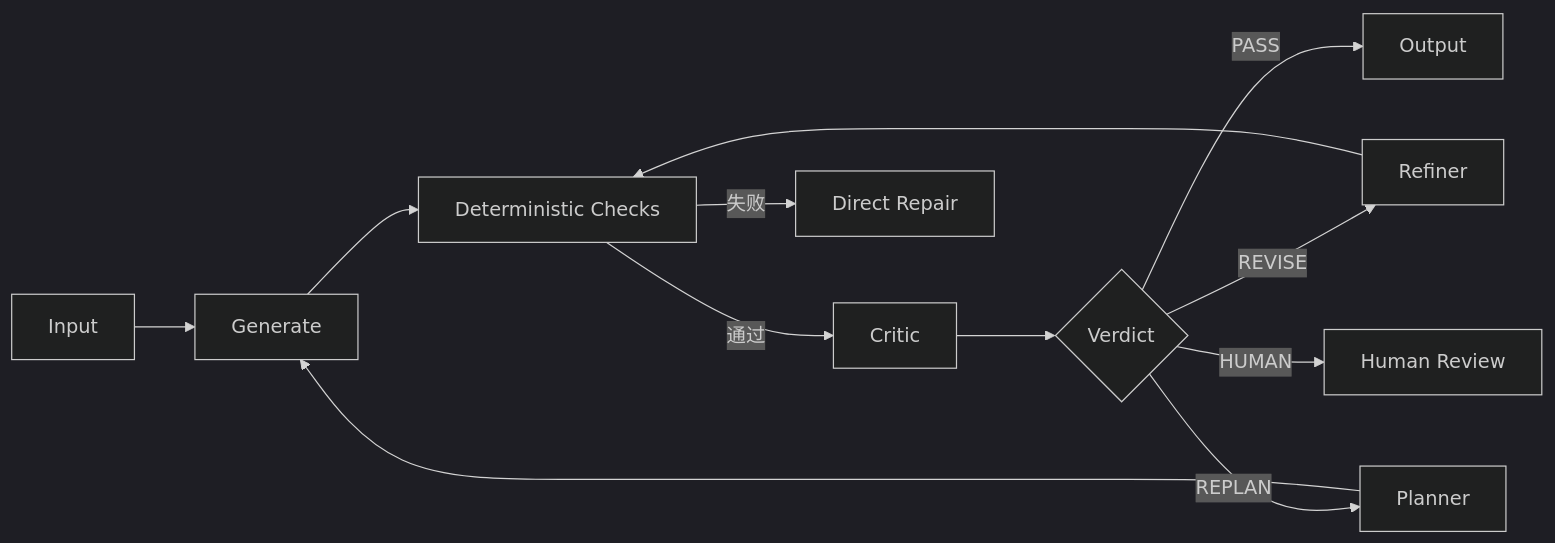
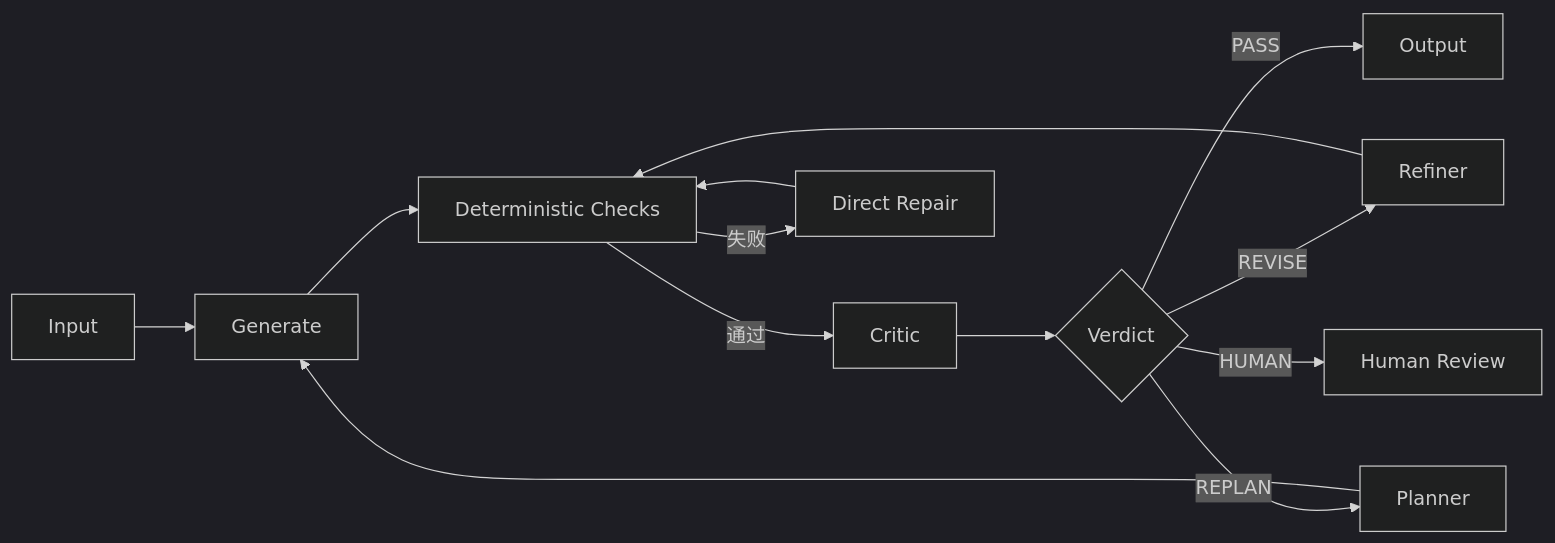
Diagram 20 of 23 in docs/agent/02-reasoning-planning/12-agent-reflection.md (oneleaveknowsthefall/awesome-ai-roadmap), drawn with Mermaid (dark theme) before and after one commit. The commit also changed other lines of this file and 50 other files, not shown here.

````diff
--- a/docs/agent/02-reasoning-planning/12-agent-reflection.md
+++ b/docs/agent/02-reasoning-planning/12-agent-reflection.md
@@ -879,14 +899,15 @@
 ```mermaid
 flowchart LR
     IN[Input] --> G[Generate]
     G --> DET[Deterministic Checks]
     DET -->|通过| C[Critic]
     DET -->|失败| FIX[Direct Repair]
+    FIX --> DET
     C --> D{Verdict}
     D -->|PASS| OUT[Output]
     D -->|REVISE| R[Refiner]
     D -->|REPLAN| P[Planner]
     D -->|HUMAN| H[Human Review]
     R --> DET
     P --> G
 ```
````
